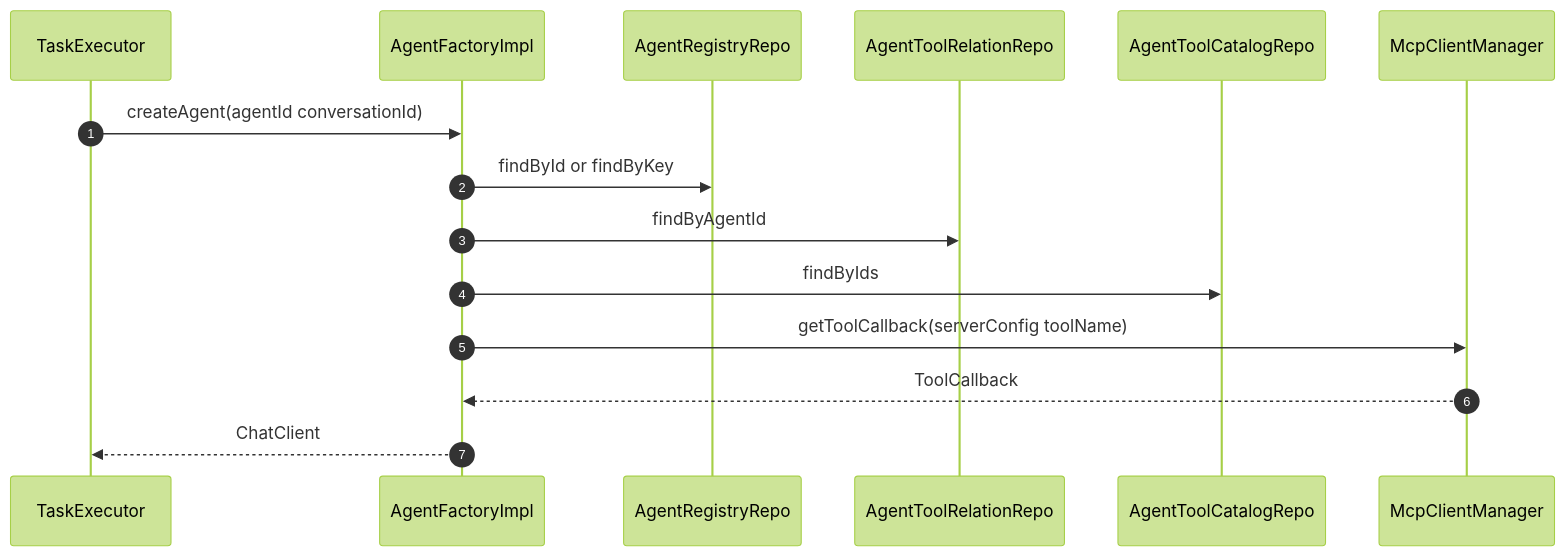
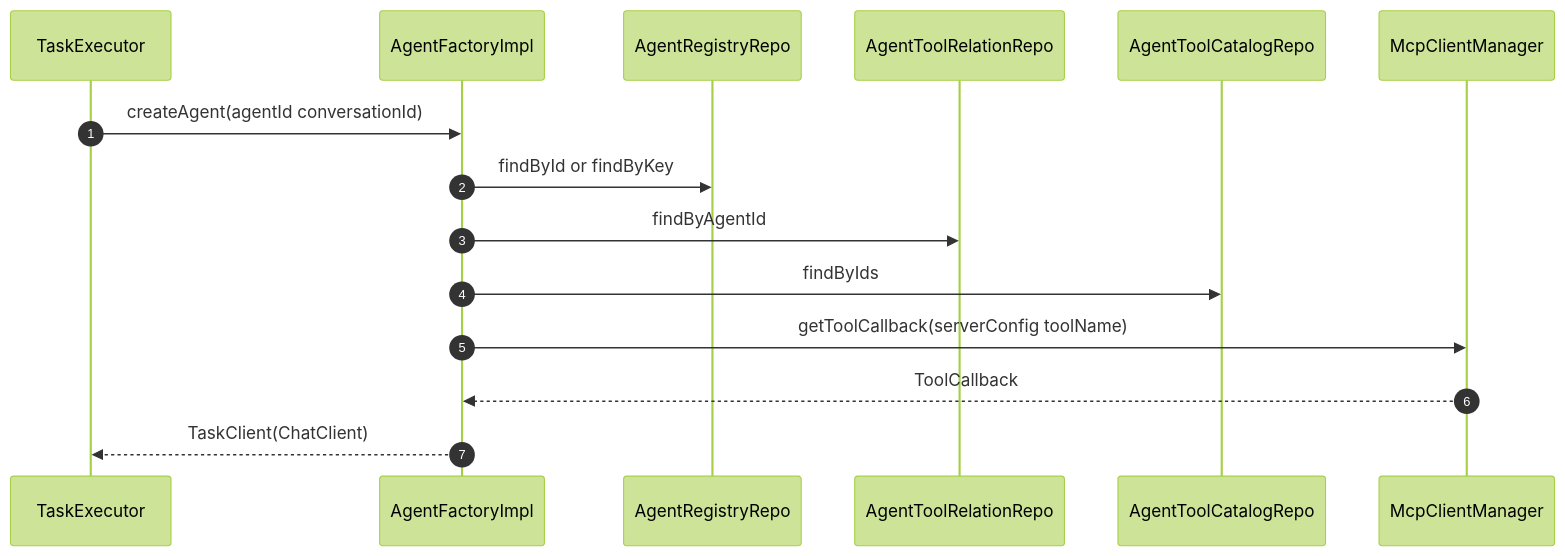
Before and after one commit to letmetocode/agent: the second of 2 diagrams in docs/design/06-agent-factory-and-tools.md, drawn with Mermaid (forest theme). The commit also changed other lines of this file and 115 other files, not shown here.

````diff
--- a/docs/design/06-agent-factory-and-tools.md
+++ b/docs/design/06-agent-factory-and-tools.md
@@ -24,17 +28,17 @@
 ```mermaid
 sequenceDiagram
     autonumber
     participant EX as TaskExecutor
     participant AF as AgentFactoryImpl
     participant RR as AgentRegistryRepo
     participant TR as AgentToolRelationRepo
     participant TC as AgentToolCatalogRepo
     participant MM as McpClientManager
     EX->>AF: createAgent(agentId conversationId)
     AF->>RR: findById or findByKey
     AF->>TR: findByAgentId
     AF->>TC: findByIds
     AF->>MM: getToolCallback(serverConfig toolName)
     MM-->>AF: ToolCallback
-    AF-->>EX: ChatClient
+    AF-->>EX: TaskClient(ChatClient)
 ```
````
